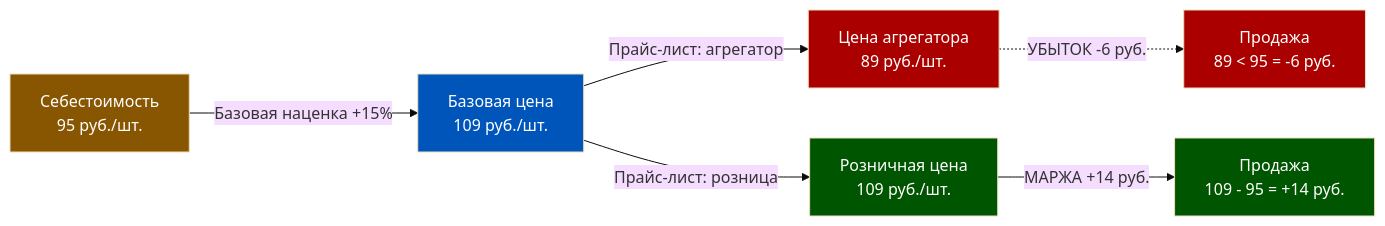
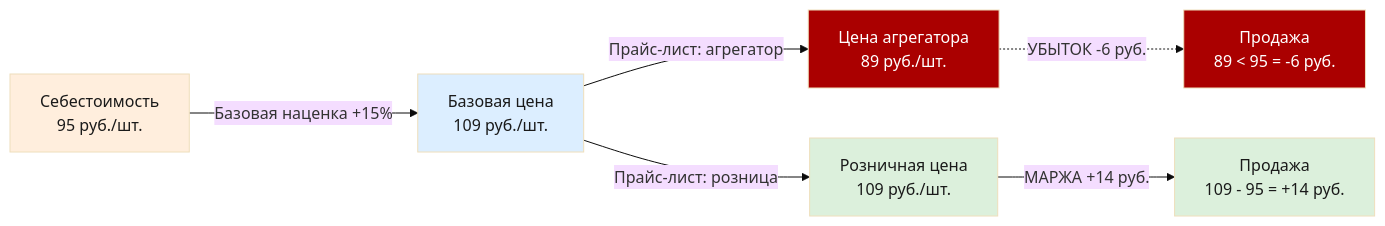
The first of 6 diagrams in content/1c-erp/week_2/Неделя 2 - День 4 - Ценообразование.md (murad1986/1c-erp-quartz), drawn with Mermaid (base theme) before and after one commit. The commit also changed other lines of this file and 57 other files, not shown here.

First line of the commit message:
fix: Mermaid — пастельные цвета в источниках диаграмм (56 файлов)

````diff
--- a/content/1c-erp/week_2/Неделя 2 - День 4 - Ценообразование.md
+++ b/content/1c-erp/week_2/Неделя 2 - День 4 - Ценообразование.md
@@ -49,15 +49,15 @@
 ```mermaid
 flowchart LR
     COST["Себестоимость<br/>95 руб./шт."] -->|"Базовая наценка +15%"| BASE["Базовая цена<br/>109 руб./шт."]
     BASE -->|"Прайс-лист: агрегатор"| AGG["Цена агрегатора<br/>89 руб./шт."]
     BASE -->|"Прайс-лист: розница"| RET["Розничная цена<br/>109 руб./шт."]
     AGG -.->|"УБЫТОК -6 руб."| LOSS["Продажа<br/>89 < 95 = -6 руб."]
     RET -->|"МАРЖА +14 руб."| PROF["Продажа<br/>109 - 95 = +14 руб."]
 
-    style COST fill:#885500,color:#fff
-    style BASE fill:#0055BB,color:#fff
+    style COST fill:#ffeedd,color:#1a1a1a
+    style BASE fill:#dceeff,color:#1a1a1a
     style AGG fill:#AA0000,color:#fff
-    style RET fill:#005500,color:#fff
+    style RET fill:#dcf0dc,color:#1a1a1a
     style LOSS fill:#AA0000,color:#fff
-    style PROF fill:#005500,color:#fff
+    style PROF fill:#dcf0dc,color:#1a1a1a
 ```
````
